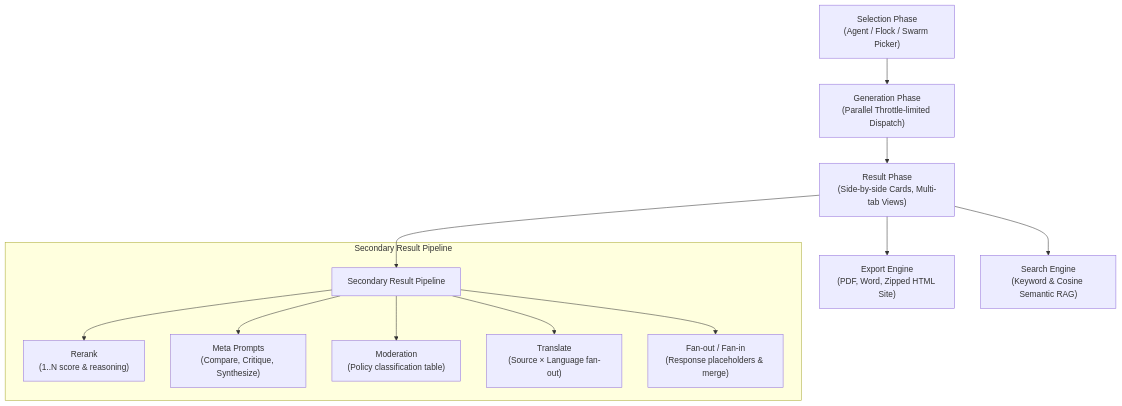
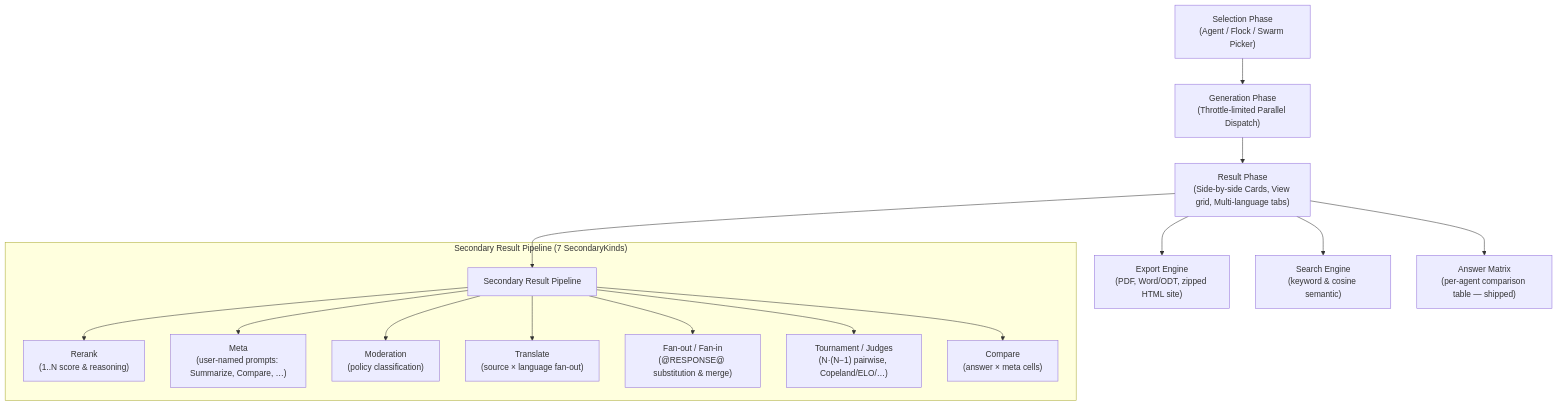
One commit to herbert256/ai changed the diagram in doc/reports_section_analysis.md. Above: the diagram before and after it, drawn with Mermaid. The commit also changed other lines of this file and 24 other files, not shown here.

````diff
--- a/doc/reports_section_analysis.md
+++ b/doc/reports_section_analysis.md
@@ -11,17 +20,20 @@
 ```mermaid
 graph TD
-    A["Selection Phase<br>(Agent / Flock / Swarm Picker)"] --> B["Generation Phase<br>(Parallel Throttle-limited Dispatch)"]
-    B --> C["Result Phase<br>(Side-by-side Cards, Multi-tab Views)"]
+    A["Selection Phase<br>(Agent / Flock / Swarm Picker)"] --> B["Generation Phase<br>(Throttle-limited Parallel Dispatch)"]
+    B --> C["Result Phase<br>(Side-by-side Cards, View grid, Multi-language tabs)"]
     C --> D["Secondary Result Pipeline"]
-    
-    subgraph "Secondary Result Pipeline"
+
+    subgraph "Secondary Result Pipeline (7 SecondaryKinds)"
         D --> E["Rerank<br>(1..N score & reasoning)"]
-        D --> F["Meta Prompts<br>(Compare, Critique, Synthesize)"]
-        D --> G["Moderation<br>(Policy classification table)"]
-        D --> H["Translate<br>(Source × Language fan-out)"]
-        D --> I["Fan-out / Fan-in<br>(Response placeholders & merge)"]
+        D --> F["Meta<br>(user-named prompts: Summarize, Compare, …)"]
+        D --> G["Moderation<br>(policy classification)"]
+        D --> H["Translate<br>(source × language fan-out)"]
+        D --> I["Fan-out / Fan-in<br>(@RESPONSE@ substitution & merge)"]
+        D --> T["Tournament / Judges<br>(N·(N−1) pairwise, Copeland/ELO/…)"]
+        D --> CM["Compare<br>(answer × meta cells)"]
     end
-    
-    C --> J["Export Engine<br>(PDF, Word, Zipped HTML Site)"]
-    C --> K["Search Engine<br>(Keyword & Cosine Semantic RAG)"]
+
+    C --> J["Export Engine<br>(PDF, Word/ODT, zipped HTML site)"]
+    C --> K["Search Engine<br>(keyword & cosine semantic)"]
+    C --> M["Answer Matrix<br>(per-agent comparison table — shipped)"]
 ```
````
